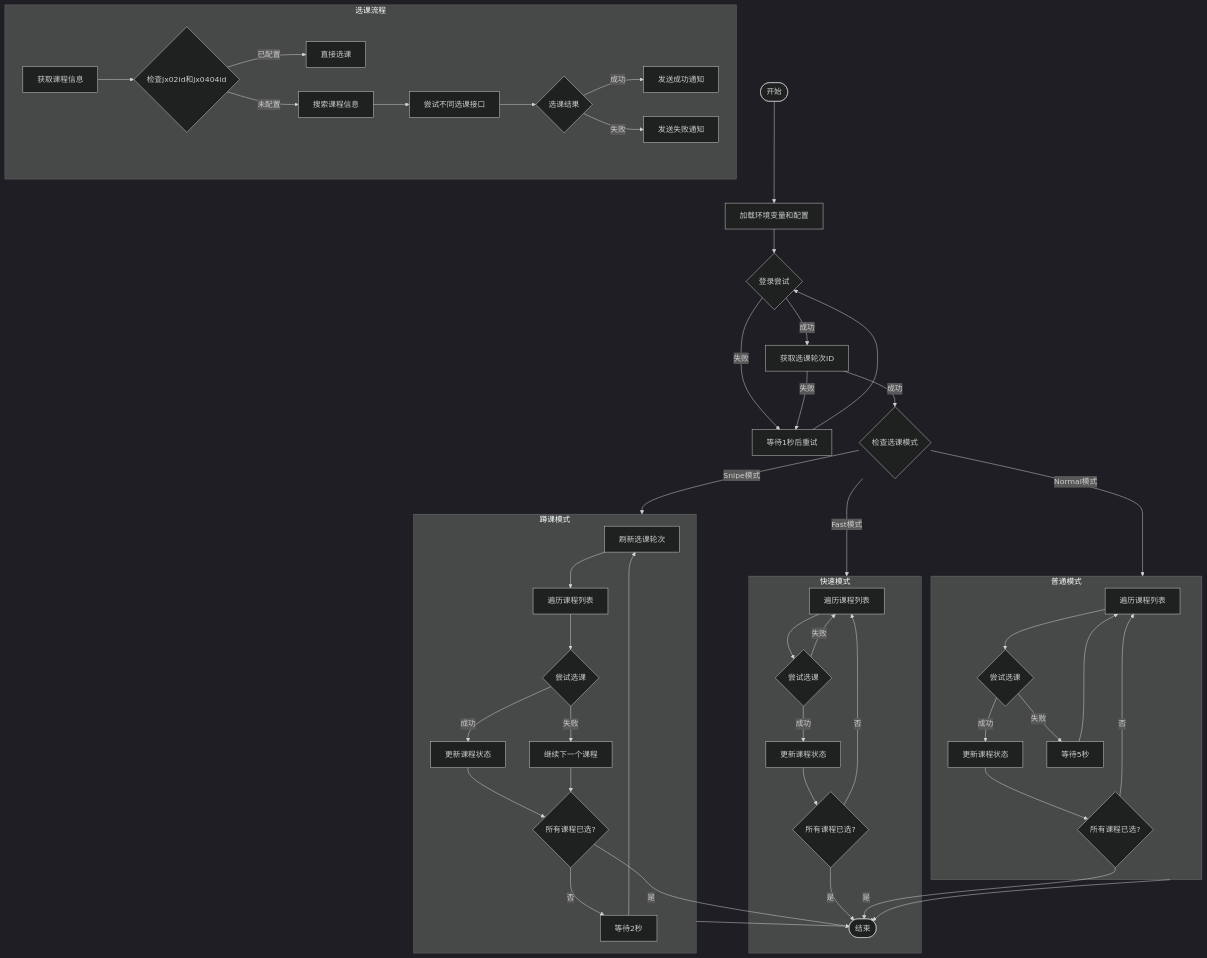
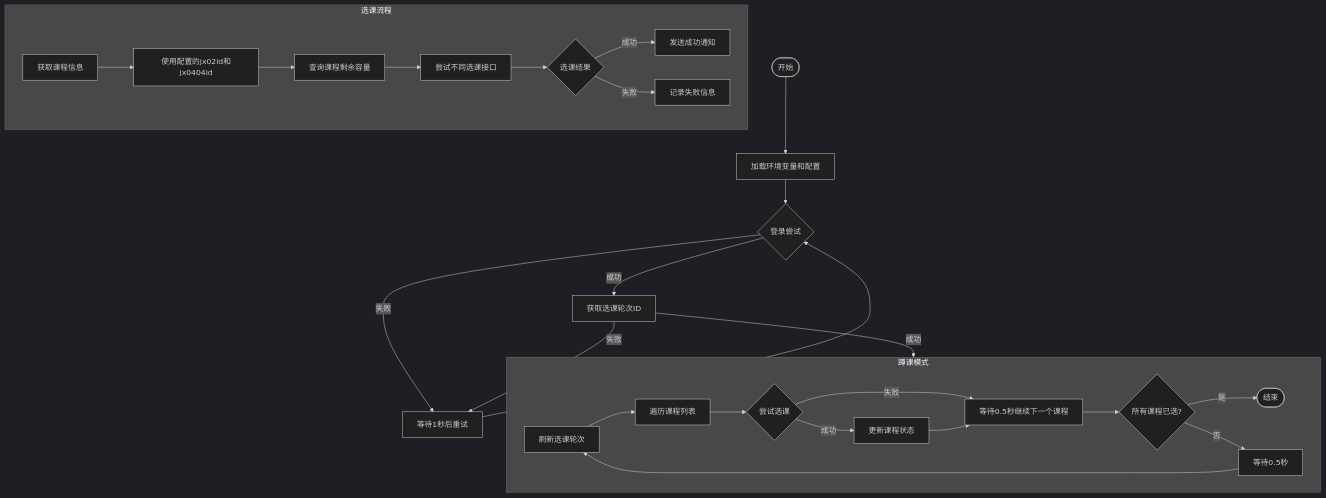
Before and after one commit to W1ndys/QFNUCourseSelector: the diagram in README.md, drawn with Mermaid (dark theme). The commit also changed other lines of this file and 8 other files, not shown here.

````diff
--- a/README.md
+++ b/README.md
@@ -159,60 +160,34 @@
 ```mermaid
 flowchart TB
     Start([开始]) --> LoadEnv[加载环境变量和配置]
     LoadEnv --> Login{登录尝试}
 
     Login -->|失败| RetryLogin[等待1秒后重试]
     RetryLogin --> Login
 
     Login -->|成功| GetSemester[获取选课轮次ID]
     GetSemester -->|失败| RetryLogin
 
-    GetSemester -->|成功| CheckMode{检查选课模式}
-
-    CheckMode -->|Fast模式| FastMode[快速选课]
-    CheckMode -->|Normal模式| NormalMode[普通选课]
-    CheckMode -->|Snipe模式| SnipeMode[蹲课模式]
-
-    subgraph FastMode[快速模式]
-        F1[遍历课程列表] --> F2{尝试选课}
-        F2 -->|成功| F3[更新课程状态]
-        F2 -->|失败| F1
-        F3 --> F4{所有课程已选?}
-        F4 -->|是| Exit
-        F4 -->|否| F1
-    end
-
-    subgraph NormalMode[普通模式]
-        N1[遍历课程列表] --> N2{尝试选课}
-        N2 -->|成功| N3[更新课程状态]
-        N2 -->|失败| N4[等待5秒]
-        N3 --> N5{所有课程已选?}
-        N4 --> N1
-        N5 -->|是| Exit
-        N5 -->|否| N1
-    end
+    GetSemester -->|成功| SnipeMode[蹲课模式]
 
     subgraph SnipeMode[蹲课模式]
         S1[刷新选课轮次] --> S2[遍历课程列表]
         S2 --> S3{尝试选课}
         S3 -->|成功| S4[更新课程状态]
-        S3 -->|失败| S5[继续下一个课程]
-        S4 --> S6{所有课程已选?}
-        S5 --> S6
-        S6 -->|是| Exit
-        S6 -->|否| S7[等待2秒]
+        S3 -->|失败| S5[等待0.5秒继续下一个课程]
+        S4 --> S5
+        S5 --> S6{所有课程已选?}
+        S6 -->|是| Exit([结束])
+        S6 -->|否| S7[等待0.5秒]
         S7 --> S1
     end
 
-    FastMode & NormalMode & SnipeMode --> Exit([结束])
-
     subgraph CourseSelection[选课流程]
-        CS1[获取课程信息] --> CS2{检查jx02id和jx0404id}
-        CS2 -->|已配置| CS3[直接选课]
-        CS2 -->|未配置| CS4[搜索课程信息]
-        CS4 --> CS5[尝试不同选课接口]
-        CS5 --> CS6{选课结果}
-        CS6 -->|成功| CS7[发送成功通知]
-        CS6 -->|失败| CS8[发送失败通知]
+        CS1[获取课程信息] --> CS2[使用配置的jx02id和jx0404id]
+        CS2 --> CS3[查询课程剩余容量]
+        CS3 --> CS4[尝试不同选课接口]
+        CS4 --> CS5{选课结果}
+        CS5 -->|成功| CS6[发送成功通知]
+        CS5 -->|失败| CS7[记录失败信息]
     end
 ```
````
